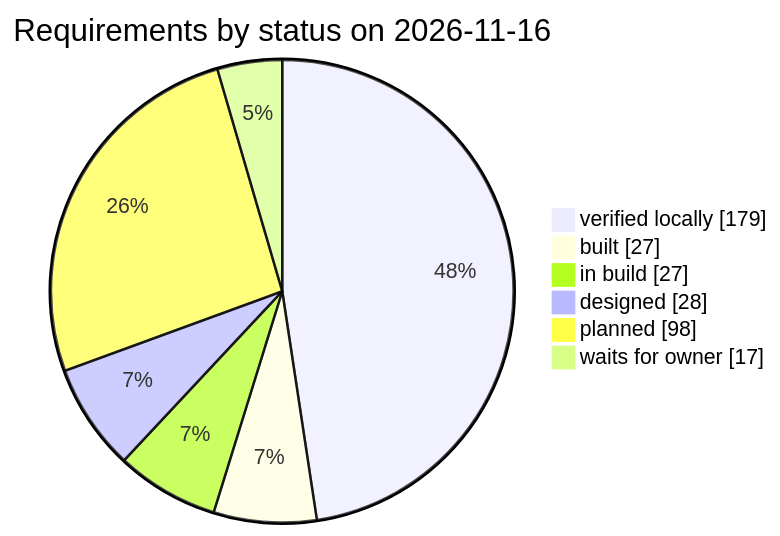
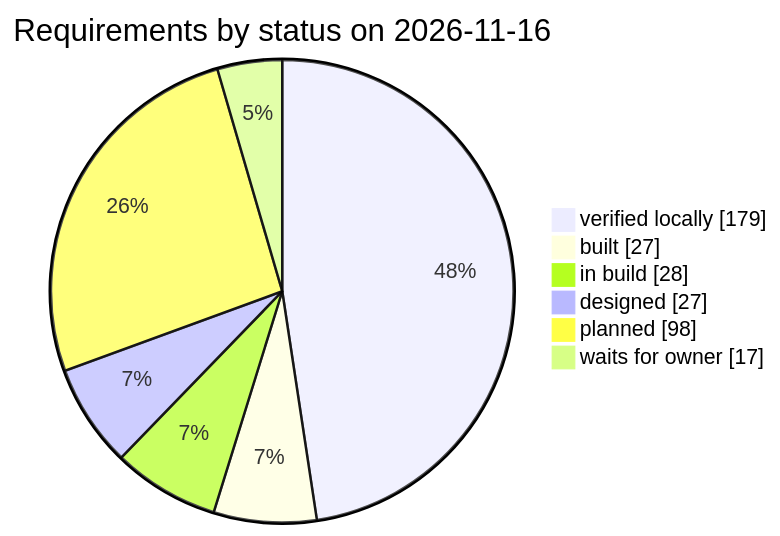
One commit to qa-io-vn/fnb-manager changed the third of 3 diagrams in docs/requirements.md. Above: the diagram before and after it, drawn with Mermaid. The commit also changed other lines of this file and 9 other files, not shown here.

````diff
--- a/docs/requirements.md
+++ b/docs/requirements.md
@@ -982,10 +982,10 @@
 ```mermaid
 pie showData
     title Requirements by status on 2026-11-16
     "verified locally" : 179
     "built" : 27
-    "in build" : 27
-    "designed" : 28
+    "in build" : 28
+    "designed" : 27
     "planned" : 98
     "waits for owner" : 17
 ```
````
